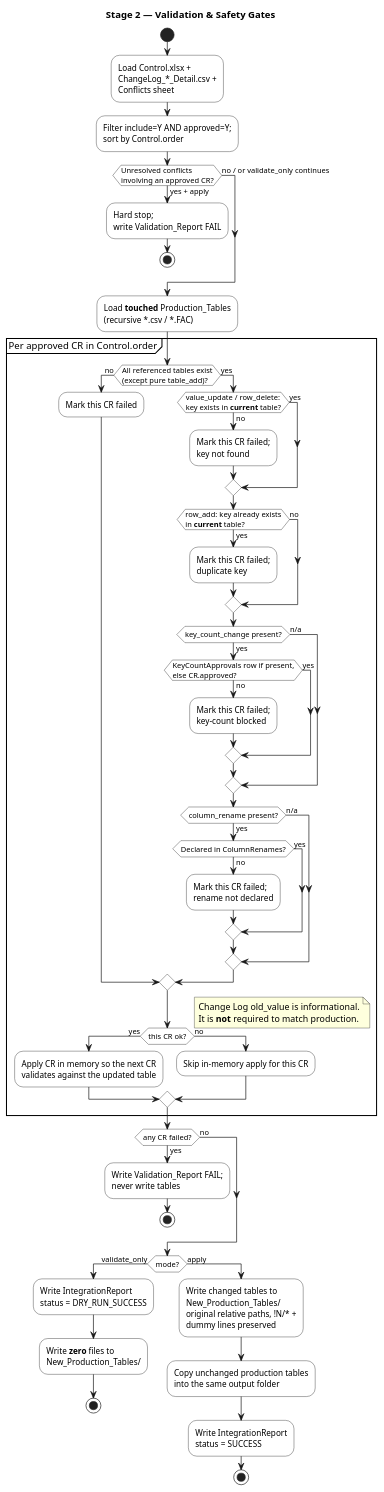
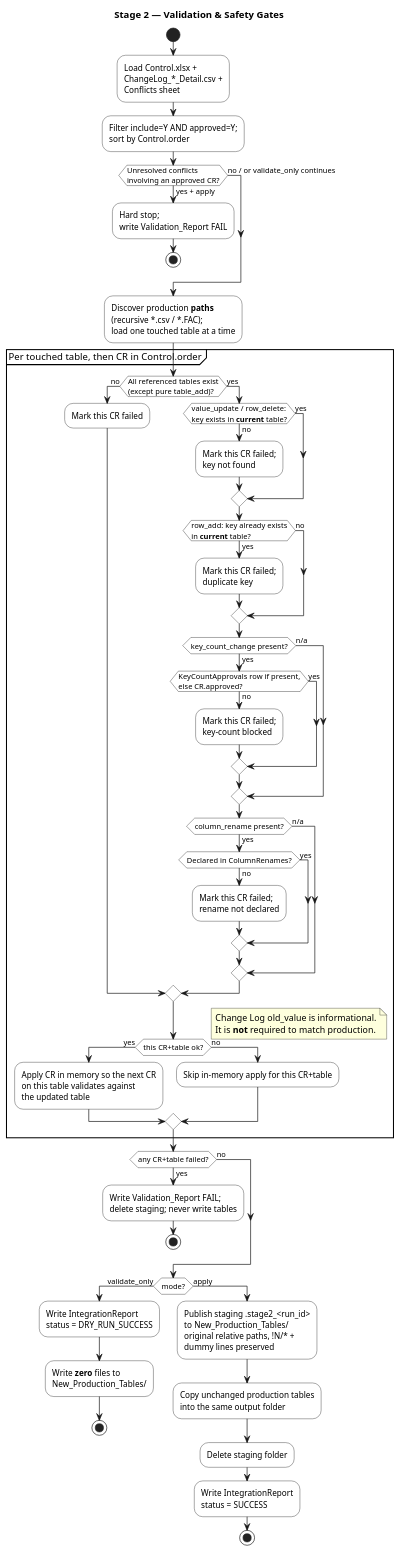
One commit to kellccheung/actuarial-table-integration-testing-tool changed the diagram in docs/uml/05_activity_safety_gates.puml. Above: the diagram before and after it, drawn with PlantUML. The commit also changed 5 other files, not shown here.

First line of the commit message:
Keep only one production table in RAM during Stage 2.

```diff
--- a/docs/uml/05_activity_safety_gates.puml
+++ b/docs/uml/05_activity_safety_gates.puml
@@ -1,81 +1,82 @@
 @startuml prophet_table_tool_stage2_activity
 title Stage 2 — Validation & Safety Gates
 skinparam shadowing false
 skinparam ActivityBackgroundColor White
 skinparam ActivityBorderColor Black
 
 start
 
 :Load Control.xlsx +\nChangeLog_*_Detail.csv +\nConflicts sheet;
 :Filter include=Y AND approved=Y;\nsort by Control.order;
 
 if (Unresolved conflicts\ninvolving an approved CR?) then (yes + apply)
   :Hard stop;\nwrite Validation_Report FAIL;
   stop
 else (no / or validate_only continues)
 endif
 
-:Load **touched** Production_Tables\n(recursive *.csv / *.FAC);
+:Discover production **paths**\n(recursive *.csv / *.FAC);\nload one touched table at a time;
 
-partition "Per approved CR in Control.order" {
+partition "Per touched table, then CR in Control.order" {
   if (All referenced tables exist\n(except pure table_add)?) then (no)
     :Mark this CR failed;
   else (yes)
 
     if (value_update / row_delete:\nkey exists in **current** table?) then (no)
       :Mark this CR failed;\nkey not found;
     else (yes)
     endif
 
     if (row_add: key already exists\nin **current** table?) then (yes)
       :Mark this CR failed;\nduplicate key;
     else (no)
     endif
 
     if (key_count_change present?) then (yes)
       if (KeyCountApprovals row if present,\nelse CR.approved?) then (no)
         :Mark this CR failed;\nkey-count blocked;
       else (yes)
       endif
     else (n/a)
     endif
 
     if (column_rename present?) then (yes)
       if (Declared in ColumnRenames?) then (no)
         :Mark this CR failed;\nrename not declared;
       else (yes)
       endif
     else (n/a)
     endif
   endif
 
-  if (this CR ok?) then (yes)
-    :Apply CR in memory so the next CR\nvalidates against the updated table;
+  if (this CR+table ok?) then (yes)
+    :Apply CR in memory so the next CR\non this table validates against\nthe updated table;
   else (no)
-    :Skip in-memory apply for this CR;
+    :Skip in-memory apply for this CR+table;
   endif
 }
 
 note right
   Change Log old_value is informational.
   It is **not** required to match production.
 end note
 
-if (any CR failed?) then (yes)
-  :Write Validation_Report FAIL;\nnever write tables;
+if (any CR+table failed?) then (yes)
+  :Write Validation_Report FAIL;\ndelete staging; never write tables;
   stop
 else (no)
 endif
 
 if (mode?) then (validate_only)
   :Write IntegrationReport\nstatus = DRY_RUN_SUCCESS;
   :Write **zero** files to\nNew_Production_Tables/;
   stop
 else (apply)
-  :Write changed tables to\nNew_Production_Tables/\noriginal relative paths, !N/* +\ndummy lines preserved;
+  :Publish staging .stage2_<run_id>\nto New_Production_Tables/\noriginal relative paths, !N/* +\ndummy lines preserved;
   :Copy unchanged production tables\ninto the same output folder;
+  :Delete staging folder;
   :Write IntegrationReport\nstatus = SUCCESS;
   stop
 endif
 
 @enduml
```
